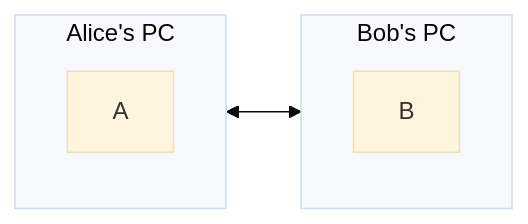
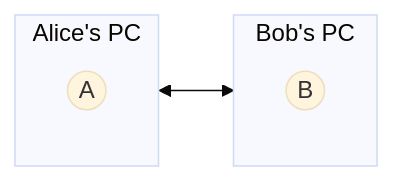
Before and after one commit to sergey-shandar/public: the first of 2 diagrams in notes/set-diff.md, drawn with Mermaid (base theme). The commit also changed other lines of this file, not shown here.

````diff
--- a/notes/set-diff.md
+++ b/notes/set-diff.md
@@ -5,10 +5,10 @@
 ```mermaid
 graph LR
   subgraph APC[Alice's PC]
-    A
+    A((A))
   end
   subgraph BPC[Bob's PC]
-   B
+   B((B))
   end
   APC<-->BPC
 ```
````
